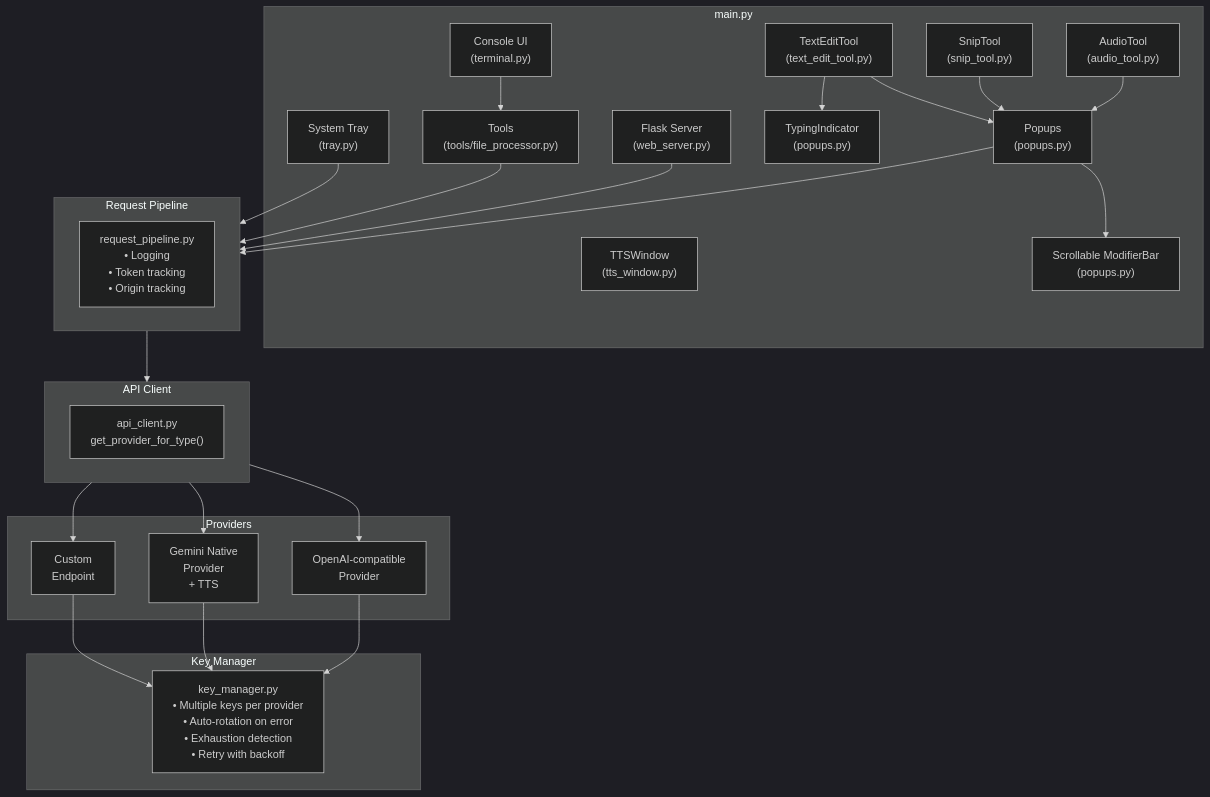
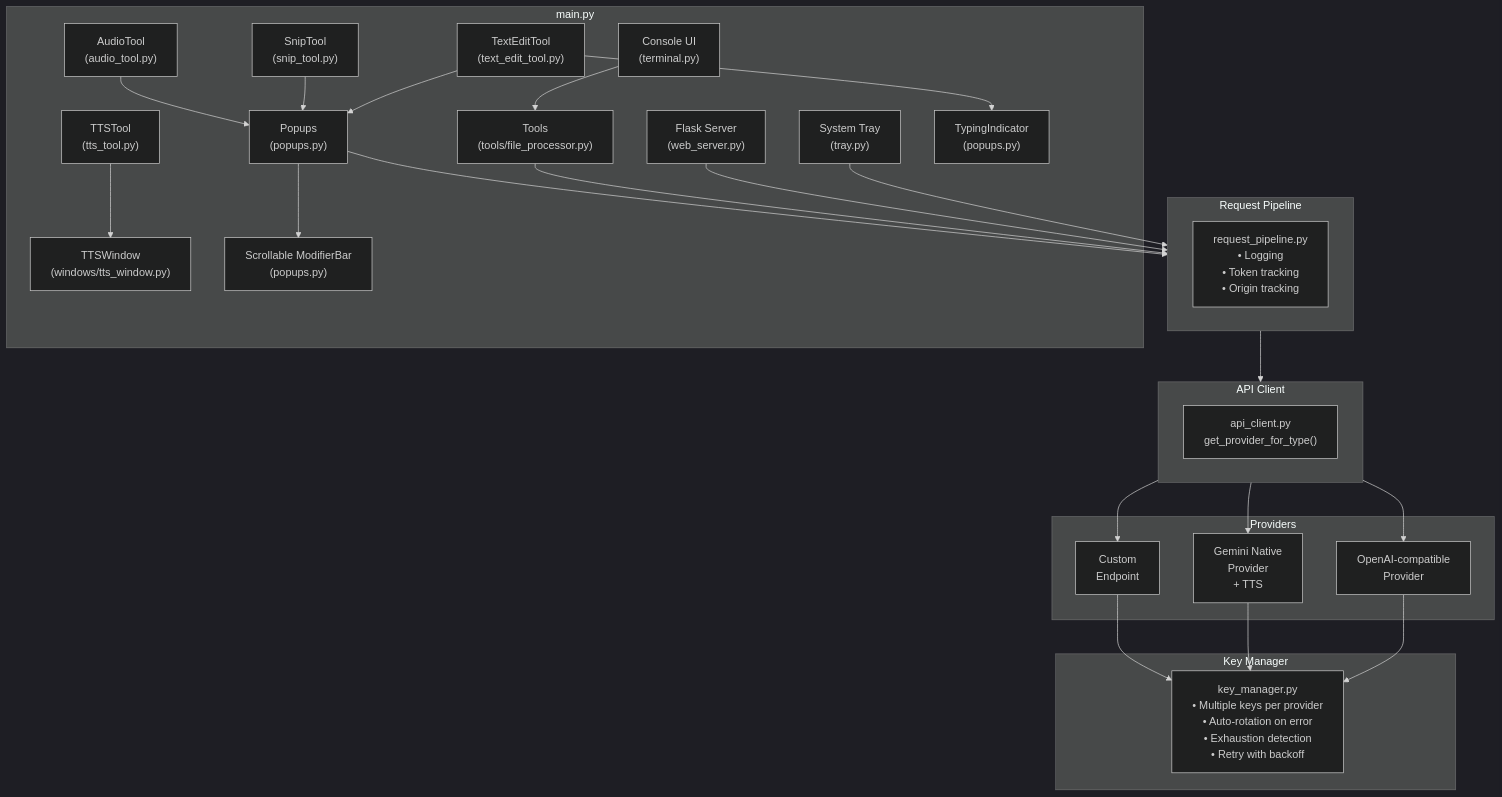
One commit to zaxx-q/AIPromptBridge changed the first of 2 diagrams in docs/ARCHITECTURE.md. Above: the diagram before and after it, drawn with Mermaid (dark theme). The commit also changed 3 other files, not shown here.

````diff
--- a/docs/ARCHITECTURE.md
+++ b/docs/ARCHITECTURE.md
@@ -22,52 +22,54 @@
 ```mermaid
 flowchart TB
     subgraph Main["main.py"]
         Tray["System Tray<br/>(tray.py)"]
         Console["Console UI<br/>(terminal.py)"]
         Tools["Tools<br/>(tools/file_processor.py)"]
         Flask["Flask Server<br/>(web_server.py)"]
         TET["TextEditTool<br/>(text_edit_tool.py)"]
         Snip["SnipTool<br/>(snip_tool.py)"]
         Audio["AudioTool<br/>(audio_tool.py)"]
-        TTS["TTSWindow<br/>(tts_window.py)"]
+        TTS["TTSTool<br/>(tts_tool.py)"]
+        TTSUI["TTSWindow<br/>(windows/tts_window.py)"]
         Popups["Popups<br/>(popups.py)"]
         Modifiers["Scrollable ModifierBar<br/>(popups.py)"]
         TypingInd["TypingIndicator<br/>(popups.py)"]
     end
     
     subgraph Pipeline["Request Pipeline"]
         RP["request_pipeline.py<br/>• Logging<br/>• Token tracking<br/>• Origin tracking"]
     end
     
     subgraph APIClient["API Client"]
         AC["api_client.py<br/>get_provider_for_type()"]
     end
     
     subgraph Providers["Providers"]
         OAI["OpenAI-compatible<br/>Provider"]
         Gemini["Gemini Native<br/>Provider<br/>+ TTS"]
         Custom["Custom<br/>Endpoint"]
     end
     
     subgraph KeyMgr["Key Manager"]
         KM["key_manager.py<br/>• Multiple keys per provider<br/>• Auto-rotation on error<br/>• Exhaustion detection<br/>• Retry with backoff"]
     end
     
     Tray --> Pipeline
     Flask --> Pipeline
     Console --> Tools
     Tools --> Pipeline
     TET --> Popups
     Snip --> Popups
     Audio --> Popups
+    TTS --> TTSUI
     Popups --> Modifiers
     TET --> TypingInd
     Popups --> Pipeline
     Pipeline --> APIClient
     APIClient --> OAI
     APIClient --> Gemini
     APIClient --> Custom
     OAI --> KM
     Gemini --> KM
     Custom --> KM
 ```
````
